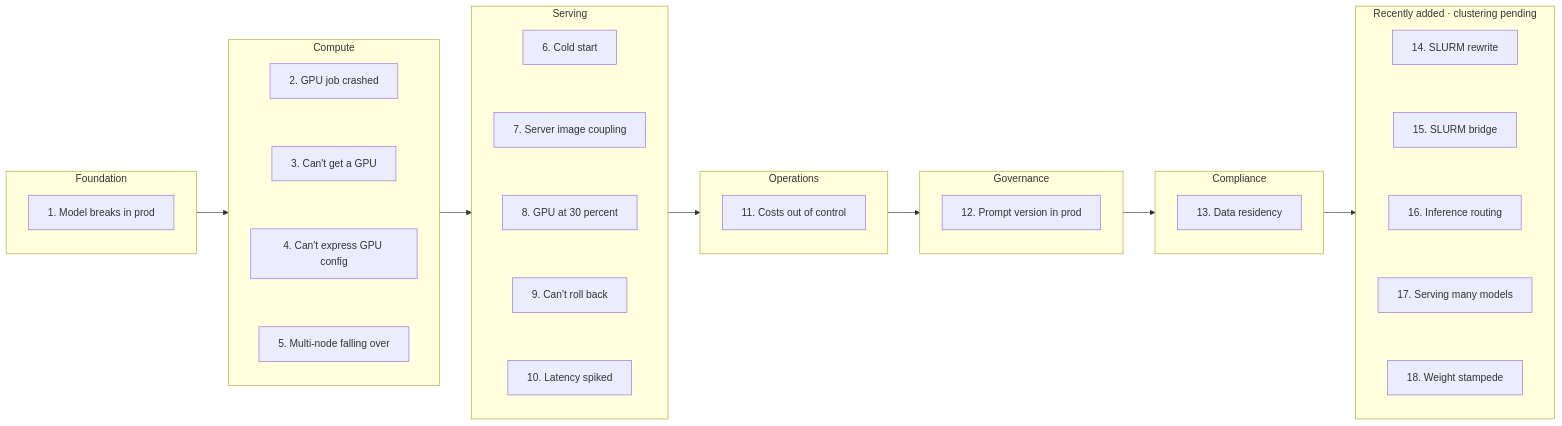
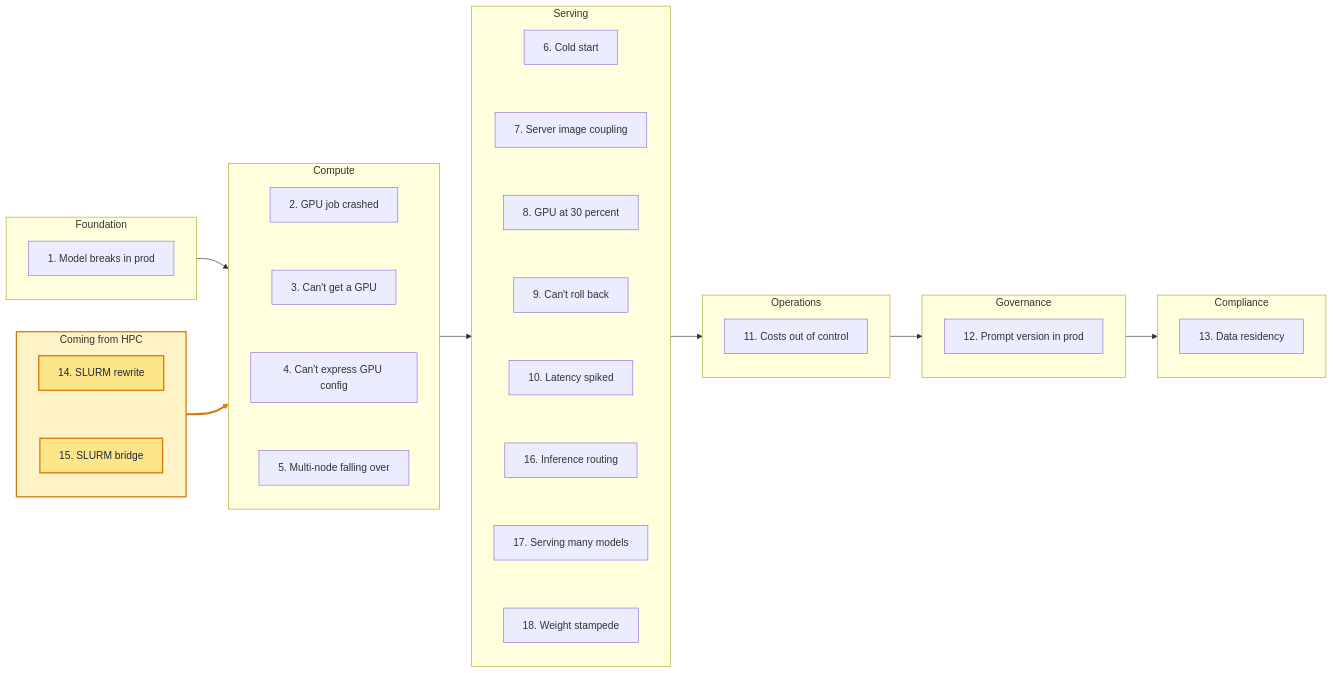
Before and after one commit to arun-gupta/the-pain-first-way: the diagram in README.md, drawn with Mermaid. The commit also changed other lines of this file, not shown here.

Commit message:
Cluster pains 14-18 into the landscape with a highlighted HPC on-ramp
Resolve the deferred clustering: SLURM pains 14-15 become a "Coming from HPC"
on-ramp that feeds into Compute, parallel to Foundation, color-coded amber to
highlight the SLURM migration route. Pains 16-18 fold into the Serving cluster.
Removes the provisional "Recently added" placeholder group.

````diff
--- a/README.md
+++ b/README.md
@@ -23,72 +23,77 @@
 ```mermaid
 flowchart LR
     subgraph S1[Foundation]
         direction TB
         N1[1. Model breaks in prod]
     end
     subgraph S2[Compute]
         direction TB
         N2[2. GPU job crashed]
         N3[3. Can't get a GPU]
         N4[4. Can't express GPU config]
         N5[5. Multi-node falling over]
         N2 ~~~ N3
         N3 ~~~ N4
         N4 ~~~ N5
     end
     subgraph S3[Serving]
         direction TB
         N6[6. Cold start]
         N7[7. Server image coupling]
         N8[8. GPU at 30 percent]
         N9[9. Can't roll back]
         N10[10. Latency spiked]
+        N16[16. Inference routing]
+        N17[17. Serving many models]
+        N18[18. Weight stampede]
         N6 ~~~ N7
         N7 ~~~ N8
         N8 ~~~ N9
         N9 ~~~ N10
+        N10 ~~~ N16
+        N16 ~~~ N17
+        N17 ~~~ N18
     end
     subgraph S4[Operations]
         direction TB
         N11[11. Costs out of control]
     end
     subgraph S5[Governance]
         direction TB
         N12[12. Prompt version in prod]
     end
     subgraph S6[Compliance]
         direction TB
         N13[13. Data residency]
     end
-    subgraph S7[Recently added · clustering pending]
+    subgraph SHPC[Coming from HPC]
         direction TB
         N14[14. SLURM rewrite]
         N15[15. SLURM bridge]
-        N16[16. Inference routing]
-        N17[17. Serving many models]
-        N18[18. Weight stampede]
         N14 ~~~ N15
-        N15 ~~~ N16
-        N16 ~~~ N17
-        N17 ~~~ N18
     end
-    S1 --> S2 --> S3 --> S4 --> S5 --> S6 --> S7
+    S1 --> S2 --> S3 --> S4 --> S5 --> S6
+    SHPC ==> S2
+    classDef hpc fill:#fde68a,stroke:#d97706,stroke-width:2px,color:#1f2937;
+    class N14,N15 hpc;
+    style SHPC fill:#fef3c7,stroke:#d97706,stroke-width:2px;
+    linkStyle 16 stroke:#d97706,stroke-width:3px;
     click N1 "https://github.com/arun-gupta/the-pain-first-way/blob/main/pains/01-model-works-locally.md"
     click N2 "https://github.com/arun-gupta/the-pain-first-way/blob/main/pains/02-gpu-job-crashed.md"
     click N3 "https://github.com/arun-gupta/the-pain-first-way/blob/main/pains/03-cant-get-a-gpu.md"
     click N4 "https://github.com/arun-gupta/the-pain-first-way/blob/main/pains/04-whole-gpus-only.md"
     click N5 "https://github.com/arun-gupta/the-pain-first-way/blob/main/pains/05-multi-node-training.md"
     click N6 "https://github.com/arun-gupta/the-pain-first-way/blob/main/pains/06-cold-start.md"
     click N7 "https://github.com/arun-gupta/the-pain-first-way/blob/main/pains/07-server-image-coupling.md"
     click N8 "https://github.com/arun-gupta/the-pain-first-way/blob/main/pains/08-gpu-underutilized.md"
     click N9 "https://github.com/arun-gupta/the-pain-first-way/blob/main/pains/09-cant-roll-back.md"
     click N10 "https://github.com/arun-gupta/the-pain-first-way/blob/main/pains/10-latency-spiked.md"
     click N11 "https://github.com/arun-gupta/the-pain-first-way/blob/main/pains/11-costs-out-of-control.md"
     click N12 "https://github.com/arun-gupta/the-pain-first-way/blob/main/pains/12-prompt-version.md"
     click N13 "https://github.com/arun-gupta/the-pain-first-way/blob/main/pains/13-data-residency.md"
     click N14 "https://github.com/arun-gupta/the-pain-first-way/blob/main/pains/14-slurm-migration.md"
     click N15 "https://github.com/arun-gupta/the-pain-first-way/blob/main/pains/15-slurm-bridge.md"
     click N16 "https://github.com/arun-gupta/the-pain-first-way/blob/main/pains/16-inference-routing.md"
     click N17 "https://github.com/arun-gupta/the-pain-first-way/blob/main/pains/17-serving-many-models.md"
     click N18 "https://github.com/arun-gupta/the-pain-first-way/blob/main/pains/18-weight-stampede.md"
 ```
````
